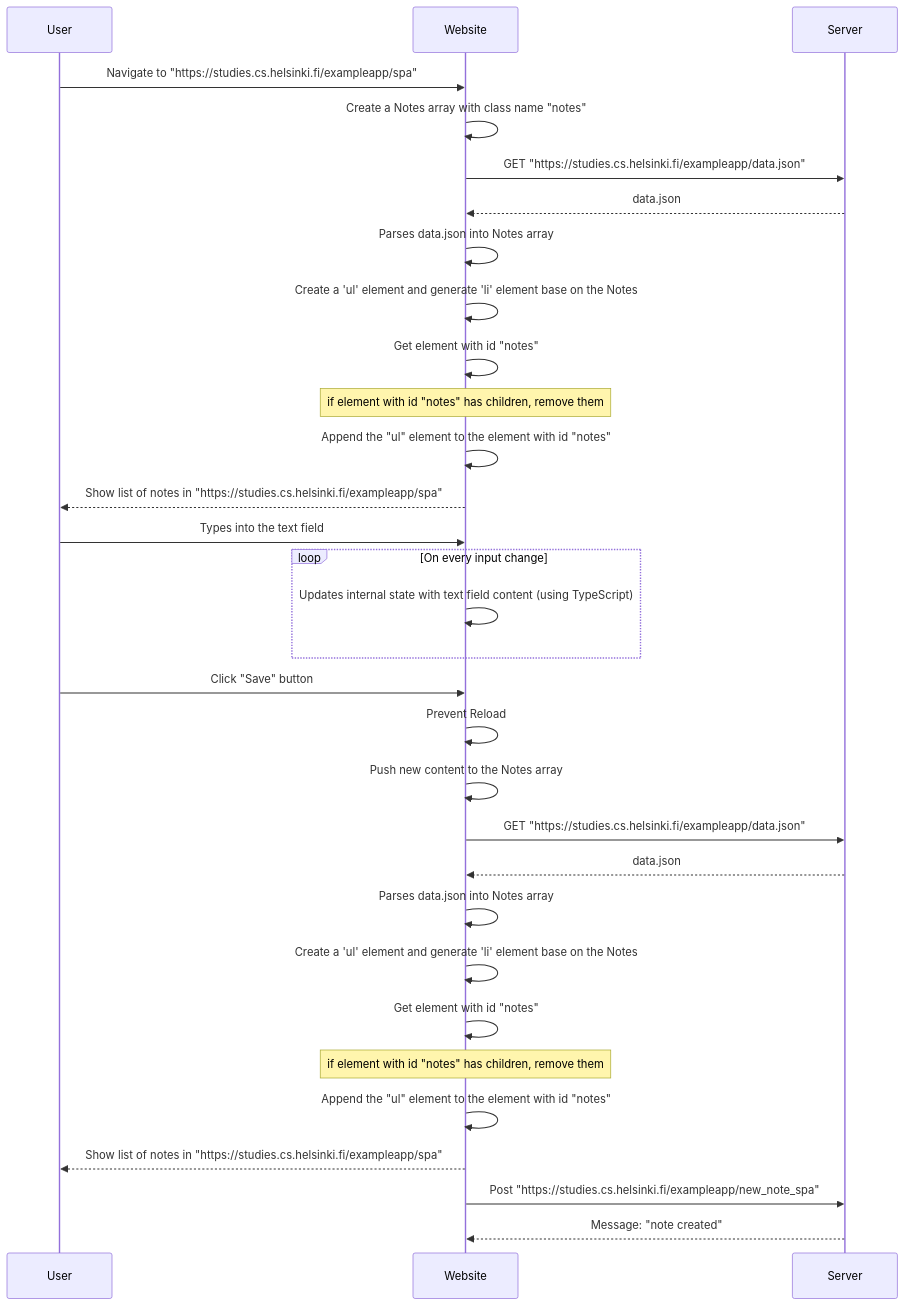
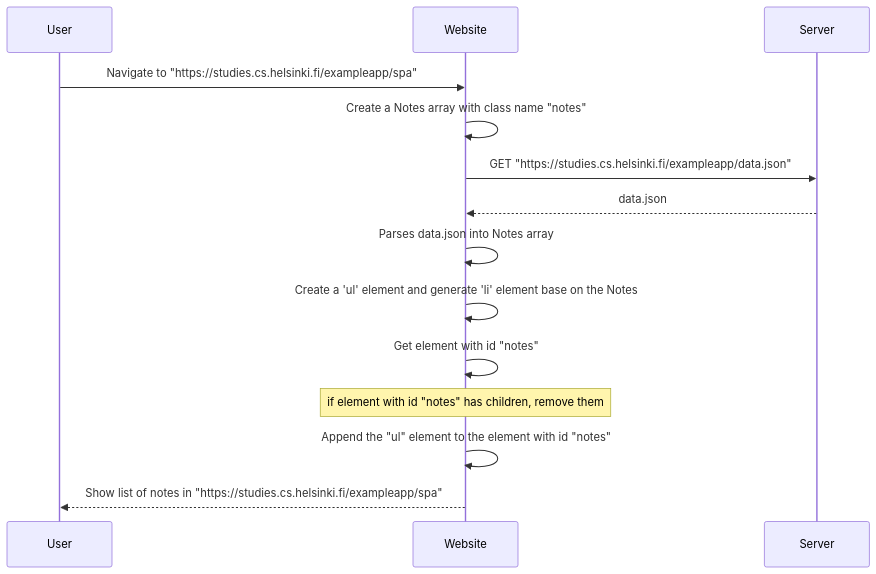
Before and after one commit to HuynhThiTrucLam/Full_Stack_Open: the diagram in Part0/sequence-diagram-0.5.md, drawn with Mermaid. The commit also changed 1 other file, not shown here.

Commit message:
Add complete sequence diagram for SPA note creation flow

````diff
--- a/Part0/sequence-diagram-0.5.md
+++ b/Part0/sequence-diagram-0.5.md
@@ -1,34 +1,17 @@
 ```mermaid
 sequenceDiagram
     participant User
     participant Website
     participant Server
 
     User->>Website: Navigate to "https://studies.cs.helsinki.fi/exampleapp/spa"
     Website->>Website: Create a Notes array with class name "notes"
     Website->>Server: GET "https://studies.cs.helsinki.fi/exampleapp/data.json"
     Server-->>Website: data.json
     Website->>Website: Parses data.json into Notes array
     Website->>Website: Create a 'ul' element and generate 'li' element base on the Notes
     Website->>Website: Get element with id "notes"
     Note over Website,Website: if element with id "notes" has children, remove them
     Website->>Website: Append the "ul" element to the element with id "notes"
     Website-->>User: Show list of notes in "https://studies.cs.helsinki.fi/exampleapp/spa"
-    User->>Website: Types into the text field
-    loop On every input change
-        Website->>Website: Updates internal state with text field content (using TypeScript)
-    end
-    User->>Website: Click "Save" button
-    Website->>Website: Prevent Reload
-    Website->>Website: Push new content to the Notes array
-    Website->>Server: GET "https://studies.cs.helsinki.fi/exampleapp/data.json"
-    Server-->>Website: data.json
-    Website->>Website: Parses data.json into Notes array
-    Website->>Website: Create a 'ul' element and generate 'li' element base on the Notes
-    Website->>Website: Get element with id "notes"
-    Note over Website,Website: if element with id "notes" has children, remove them
-    Website->>Website: Append the "ul" element to the element with id "notes"
-    Website-->>User: Show list of notes in "https://studies.cs.helsinki.fi/exampleapp/spa"
-    Website->>Server: Post "https://studies.cs.helsinki.fi/exampleapp/new_note_spa"
-    Server-->>Website: Message: "note created"
 ```
````
